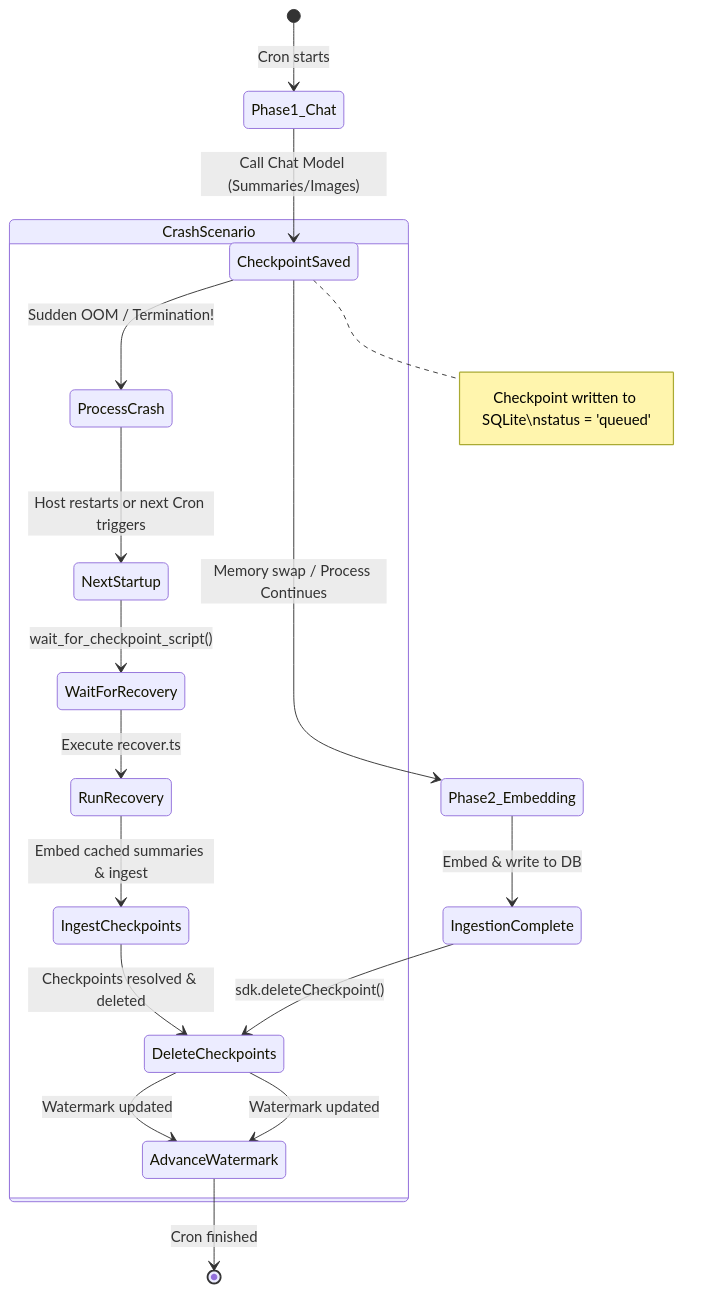
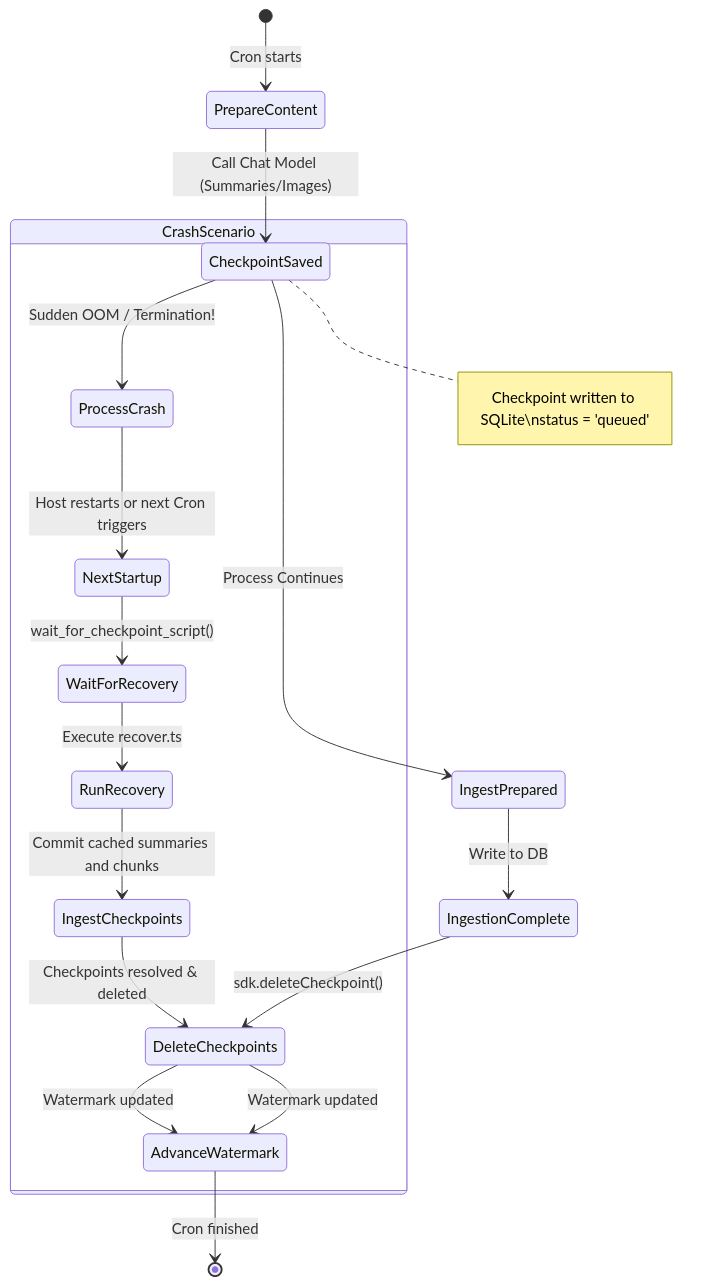
The third of 5 diagrams in EXTENSION_SYSTEM.md (zeiteigen/shale), drawn with Mermaid before and after one commit. The commit also changed other lines of this file and 199 other files, not shown here.

````diff
--- a/EXTENSION_SYSTEM.md
+++ b/EXTENSION_SYSTEM.md
@@ -498,22 +493,22 @@
 ```mermaid
 stateDiagram-v2
-    [*] --> Phase1_Chat: Cron starts
-    Phase1_Chat --> CheckpointSaved: Call Chat Model (Summaries/Images)
+    [*] --> PrepareContent: Cron starts
+    PrepareContent --> CheckpointSaved: Call Chat Model (Summaries/Images)
     note right of CheckpointSaved: Checkpoint written to SQLite\nstatus = 'queued'
-    CheckpointSaved --> Phase2_Embedding: Memory swap / Process Continues
+    CheckpointSaved --> IngestPrepared: Process Continues
     
     state CrashScenario {
         CheckpointSaved --> ProcessCrash: Sudden OOM / Termination!
         ProcessCrash --> NextStartup: Host restarts or next Cron triggers
         NextStartup --> WaitForRecovery: wait_for_checkpoint_script()
         WaitForRecovery --> RunRecovery: Execute recover.ts
-        RunRecovery --> IngestCheckpoints: Embed cached summaries & ingest
+        RunRecovery --> IngestCheckpoints: Commit cached summaries and chunks
         IngestCheckpoints --> DeleteCheckpoints: Checkpoints resolved & deleted
         DeleteCheckpoints --> AdvanceWatermark: Watermark updated
     }
 
-    Phase2_Embedding --> IngestionComplete: Embed & write to DB
+    IngestPrepared --> IngestionComplete: Write to DB
     IngestionComplete --> DeleteCheckpoints: sdk.deleteCheckpoint()
     DeleteCheckpoints --> AdvanceWatermark: Watermark updated
     AdvanceWatermark --> [*]: Cron finished
 ```
````
